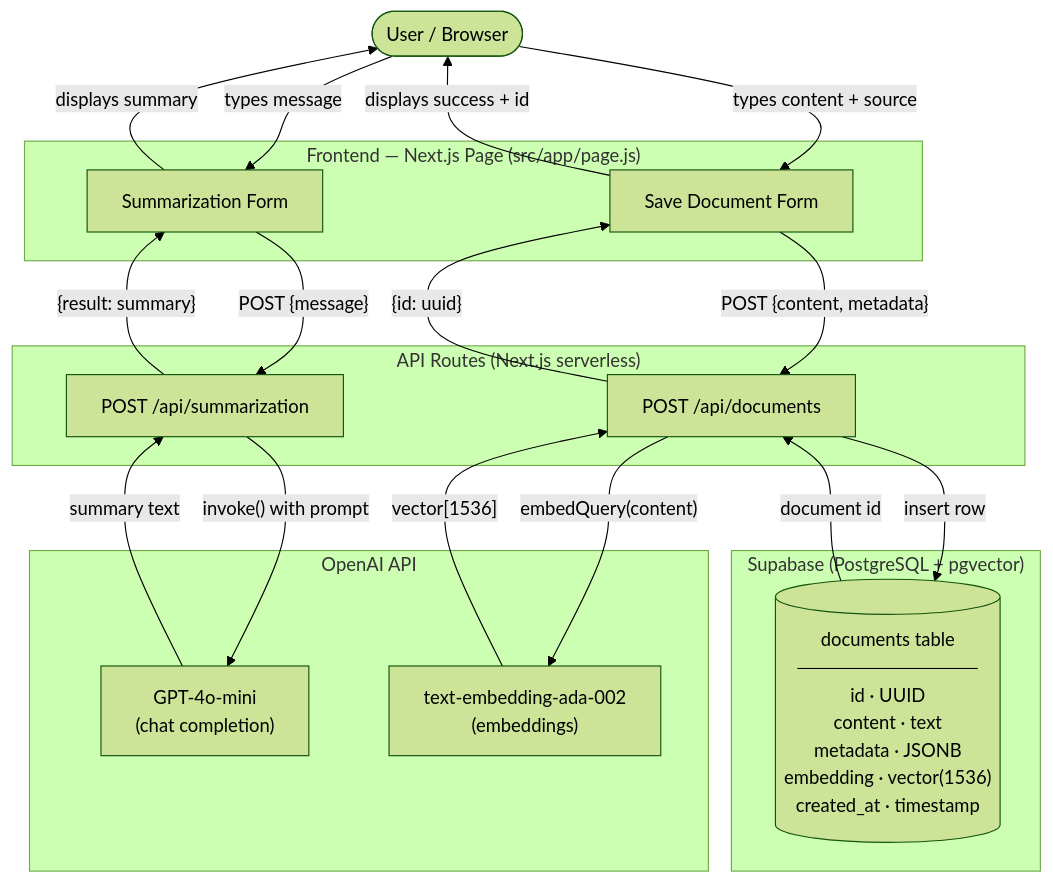
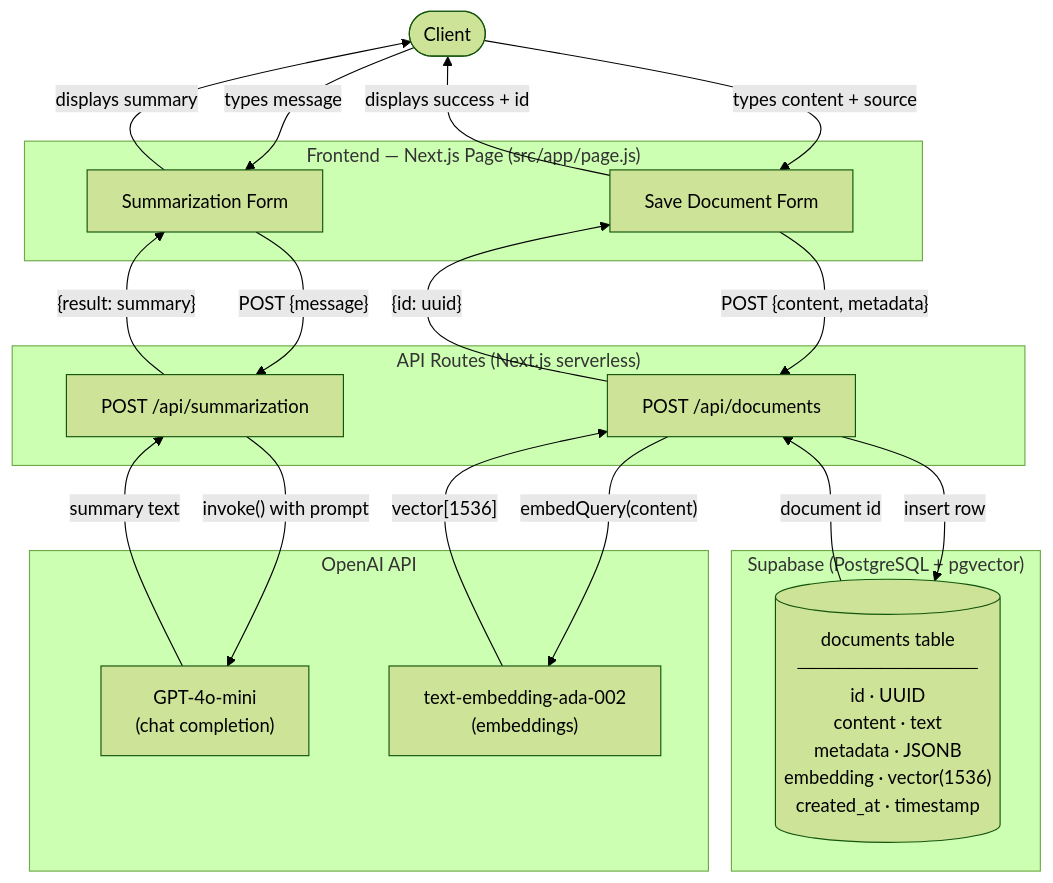
The diagram in README.md (tylernpc/vector-db), drawn with Mermaid (forest theme) before and after one commit.

Commit message:
Update user reference in README.md

````diff
--- a/README.md
+++ b/README.md
@@ -15,41 +15,41 @@
 ```mermaid
 flowchart TD
-    User([User / Browser])
+    User([Client])
 
     subgraph Frontend["Frontend — Next.js Page (src/app/page.js)"]
         SumForm[Summarization Form]
         DocForm[Save Document Form]
     end
 
     subgraph API["API Routes (Next.js serverless)"]
         SumRoute["POST /api/summarization"]
         DocRoute["POST /api/documents"]
     end
 
     subgraph OpenAI["OpenAI API"]
         Chat["GPT-4o-mini\n(chat completion)"]
         Embed["text-embedding-ada-002\n(embeddings)"]
     end
 
     subgraph Supabase["Supabase (PostgreSQL + pgvector)"]
         DB[("documents table\n─────────────\nid · UUID\ncontent · text\nmetadata · JSONB\nembedding · vector(1536)\ncreated_at · timestamp")]
     end
 
     User -->|"types message"| SumForm
     User -->|"types content + source"| DocForm
 
     SumForm -->|"POST {message}"| SumRoute
     DocForm -->|"POST {content, metadata}"| DocRoute
 
     SumRoute -->|"invoke() with prompt"| Chat
     Chat -->|"summary text"| SumRoute
     SumRoute -->|"{result: summary}"| SumForm
     SumForm -->|"displays summary"| User
 
     DocRoute -->|"embedQuery(content)"| Embed
     Embed -->|"vector[1536]"| DocRoute
     DocRoute -->|"insert row"| DB
     DB -->|"document id"| DocRoute
     DocRoute -->|"{id: uuid}"| DocForm
     DocForm -->|"displays success + id"| User
 ```
````
